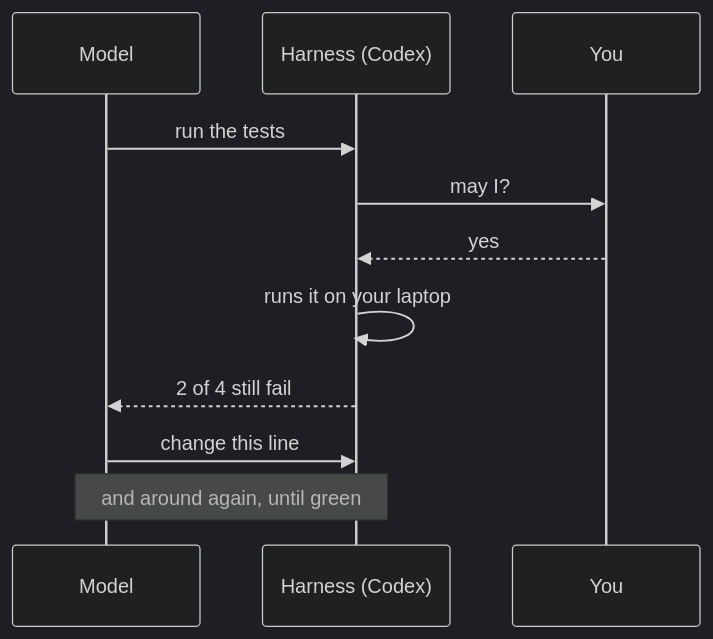
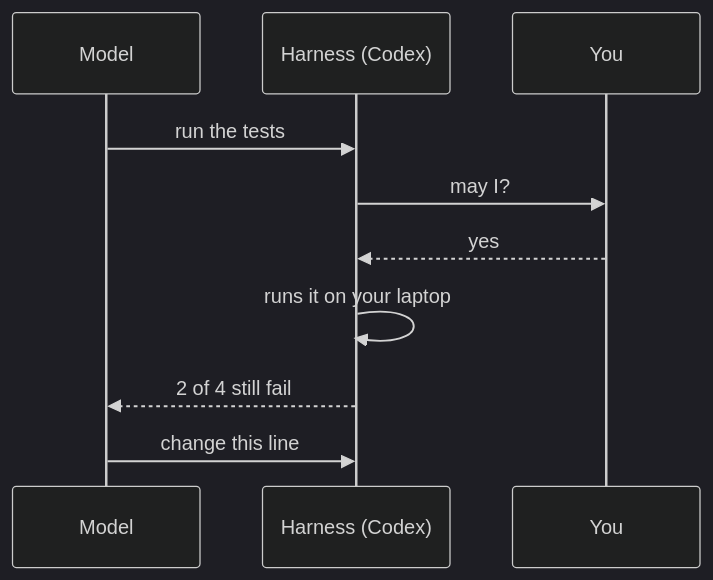
One commit to Nova-SBE-Introduction-to-Programming/intro-to-programming-2026 changed the diagram in decks/diagrams/tool-call.mmd. Above: the diagram before and after it, drawn with Mermaid (dark theme). The commit also changed 19 other files, not shown here.

First line of the commit message:
Class 4: minimalist rebuild in four acts, with git standards in Mermaid

```diff
--- a/decks/diagrams/tool-call.mmd
+++ b/decks/diagrams/tool-call.mmd
@@ -1,11 +1,10 @@
 sequenceDiagram
   participant M as Model
   participant H as Harness (Codex)
   participant Y as You
   M->>H: run the tests
   H->>Y: may I?
   Y-->>H: yes
   H->>H: runs it on your laptop
   H-->>M: 2 of 4 still fail
   M->>H: change this line
-  Note over M,H: and around again, until green
```
